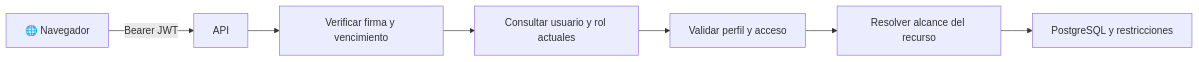
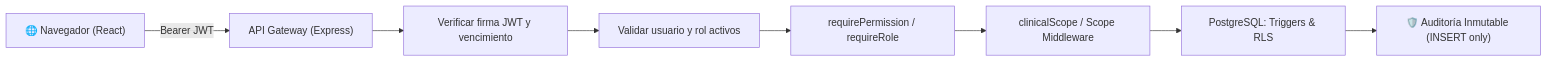
One commit to Arhiell/SAPS_Turno changed the diagram in docs/SEGURIDAD_Y_ACCESO.md. Above: the diagram before and after it, drawn with Mermaid. The commit also changed other lines of this file and 13 other files, not shown here.

````diff
--- a/docs/SEGURIDAD_Y_ACCESO.md
+++ b/docs/SEGURIDAD_Y_ACCESO.md
@@ -7,9 +7,10 @@
 ```mermaid
 flowchart LR
-    B["🌐 Navegador"] -->|Bearer JWT| A["API"]
-    A --> J["Verificar firma y vencimiento"]
-    J --> U["Consultar usuario y rol actuales"]
-    U --> P["Validar perfil y acceso"]
-    P --> S["Resolver alcance del recurso"]
-    S --> D["PostgreSQL y restricciones"]
+    B["🌐 Navegador (React)"] -->|Bearer JWT| A["API Gateway (Express)"]
+    A --> J["Verificar firma JWT y vencimiento"]
+    J --> U["Validar usuario y rol activos"]
+    U --> P["requirePermission / requireRole"]
+    P --> S["clinicalScope / Scope Middleware"]
+    S --> D["PostgreSQL: Triggers & RLS"]
+    D --> AUD["🛡️ Auditoría Inmutable (INSERT only)"]
 ```
````
